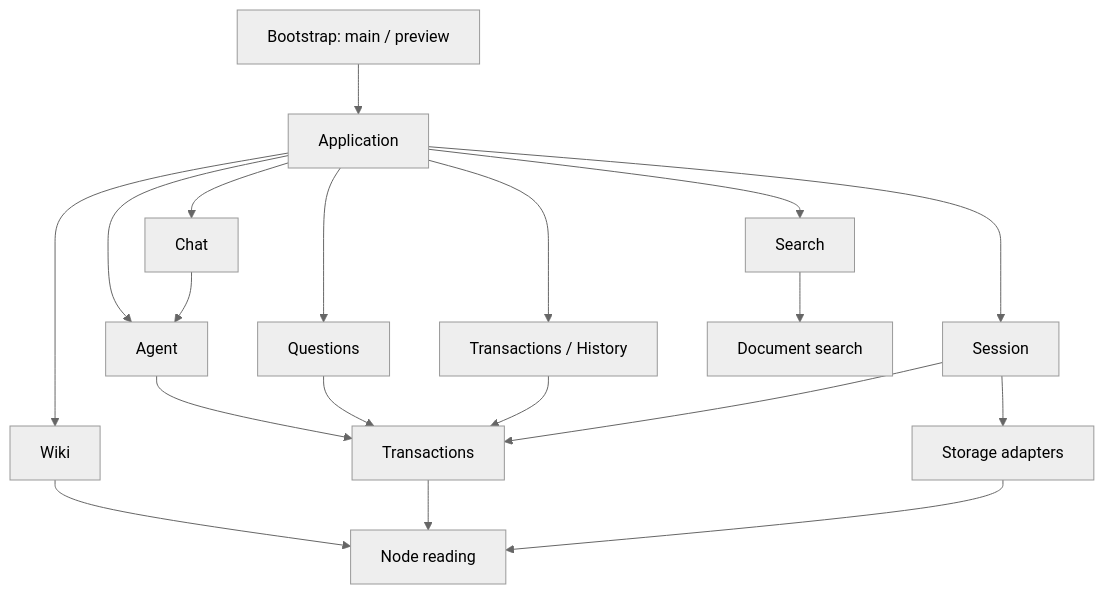
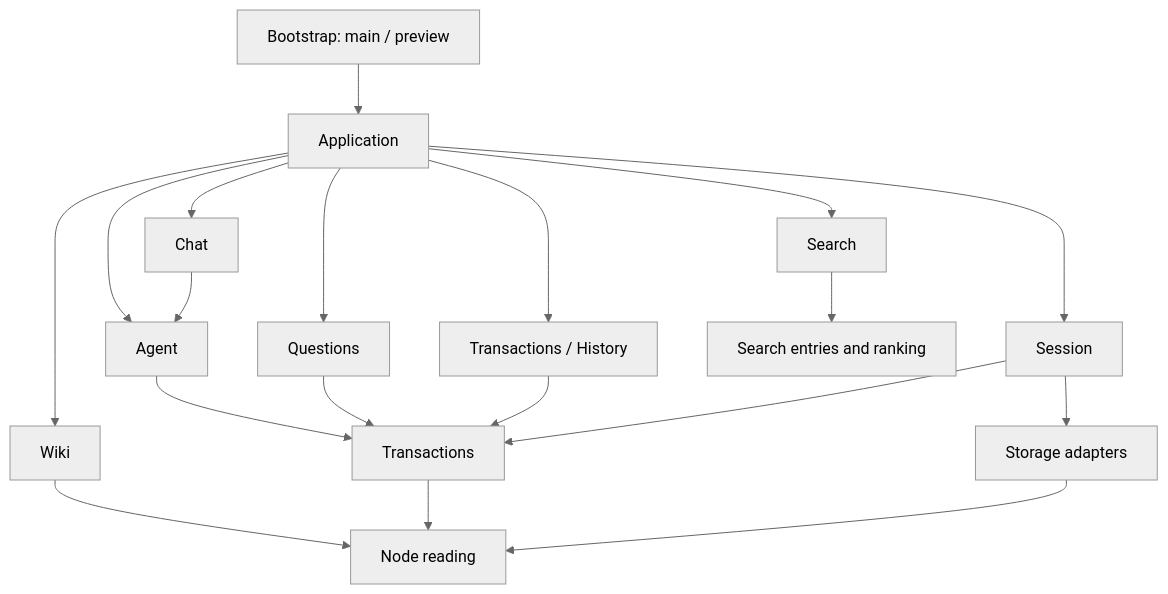
One commit to JimLundin/vaulter changed the first of 2 diagrams in ARCHITECTURE.md. Above: the diagram before and after it, drawn with Mermaid (neutral theme). The commit also changed other lines of this file and 96 other files, not shown here.

````diff
--- a/ARCHITECTURE.md
+++ b/ARCHITECTURE.md
@@ -8,21 +8,21 @@
 ```mermaid
 flowchart TD
   Bootstrap[Bootstrap: main / preview] --> Application
   Application --> Agent
   Application --> Chat
   Application --> Wiki
   Application --> Questions
   Application --> Search
   Application --> Session
   Application --> History[Transactions / History]
   Chat --> Agent
   Agent --> Transactions
   Questions --> Transactions
   Wiki --> Nodes[Node reading]
   History --> Transactions
   Transactions --> Nodes
   Session --> Transactions
   Session --> Storage[Storage adapters]
   Storage --> Nodes
-  Search --> Documents[Document search]
+  Search --> Entries[Search entries and ranking]
 ```
````
